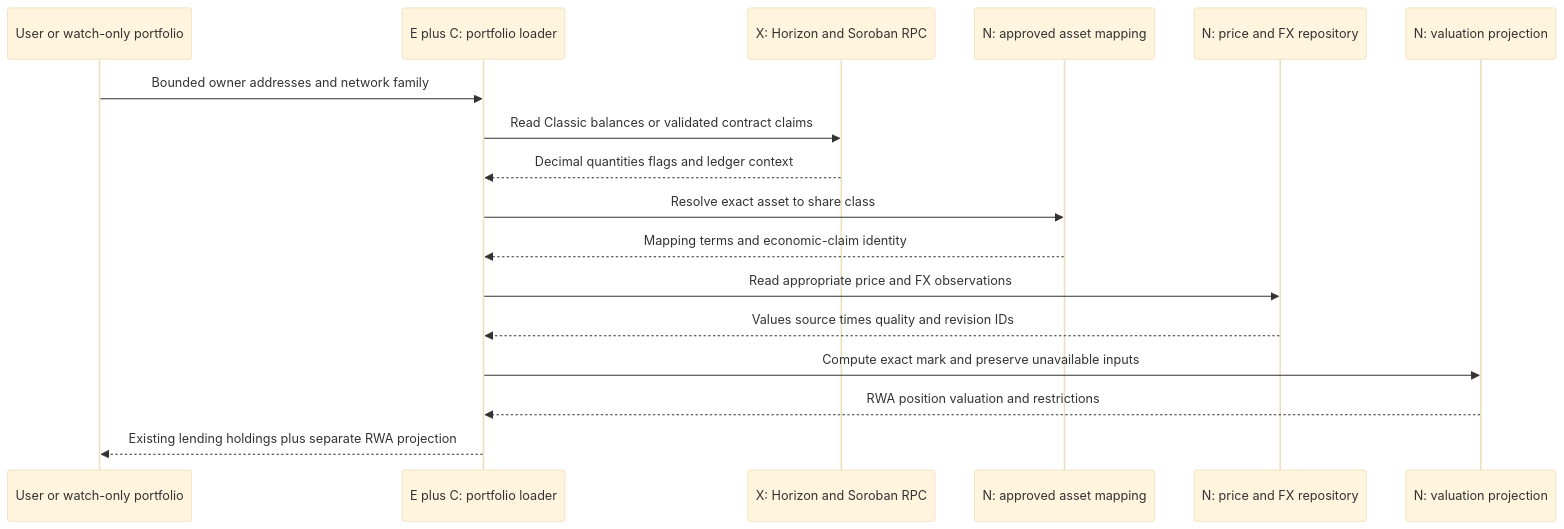
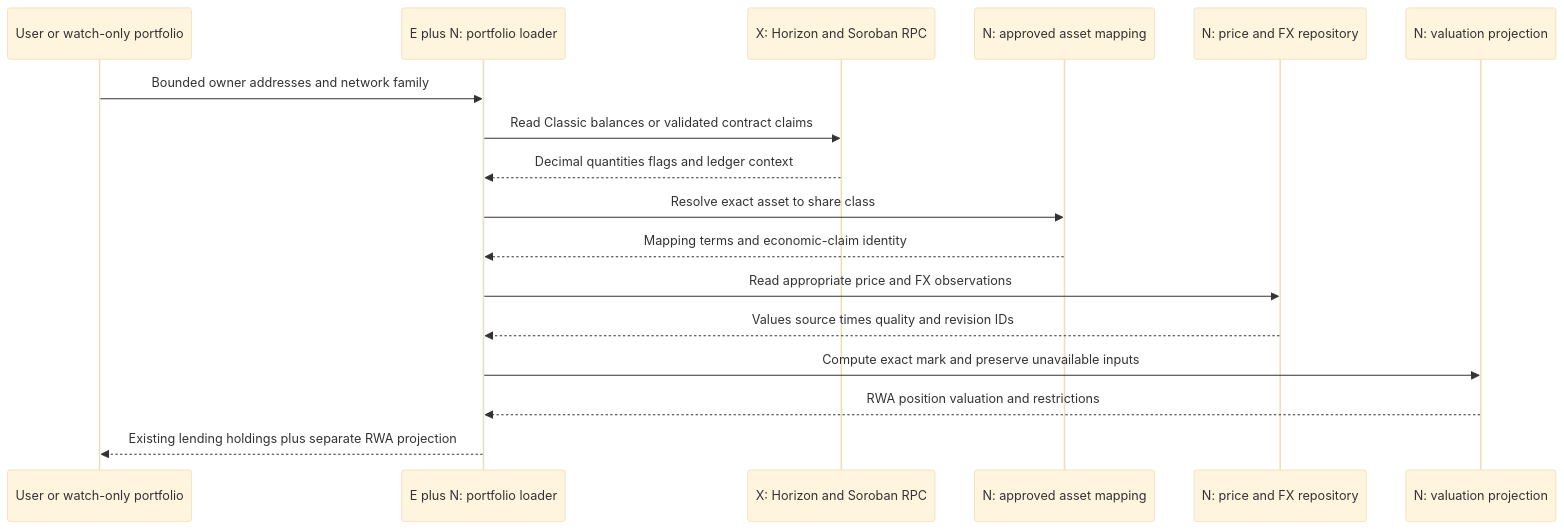
The ninth of 21 diagrams in docs/rwa-integration-architecture/TECHNICAL_ARCHITECTURE.md (lendwise-fi/lendwise), drawn with Mermaid (base theme) before and after one commit. The commit also changed other lines of this file and 2 other files, not shown here.

Commit message:
docs: detail the complete RWA integration architecture

````diff
--- a/docs/rwa-integration-architecture/TECHNICAL_ARCHITECTURE.md
+++ b/docs/rwa-integration-architecture/TECHNICAL_ARCHITECTURE.md
@@ -367,19 +460,19 @@
 ```mermaid
 sequenceDiagram
   participant User as User or watch-only portfolio
-  participant Loader as E plus C: portfolio loader
+  participant Loader as E plus N: portfolio loader
   participant Ledger as X: Horizon and Soroban RPC
   participant Map as N: approved asset mapping
   participant Prices as N: price and FX repository
   participant Value as N: valuation projection
   User->>Loader: Bounded owner addresses and network family
   Loader->>Ledger: Read Classic balances or validated contract claims
   Ledger-->>Loader: Decimal quantities flags and ledger context
   Loader->>Map: Resolve exact asset to share class
   Map-->>Loader: Mapping terms and economic-claim identity
   Loader->>Prices: Read appropriate price and FX observations
   Prices-->>Loader: Values source times quality and revision IDs
   Loader->>Value: Compute exact mark and preserve unavailable inputs
   Value-->>Loader: RWA position valuation and restrictions
   Loader-->>User: Existing lending holdings plus separate RWA projection
 ```
````
